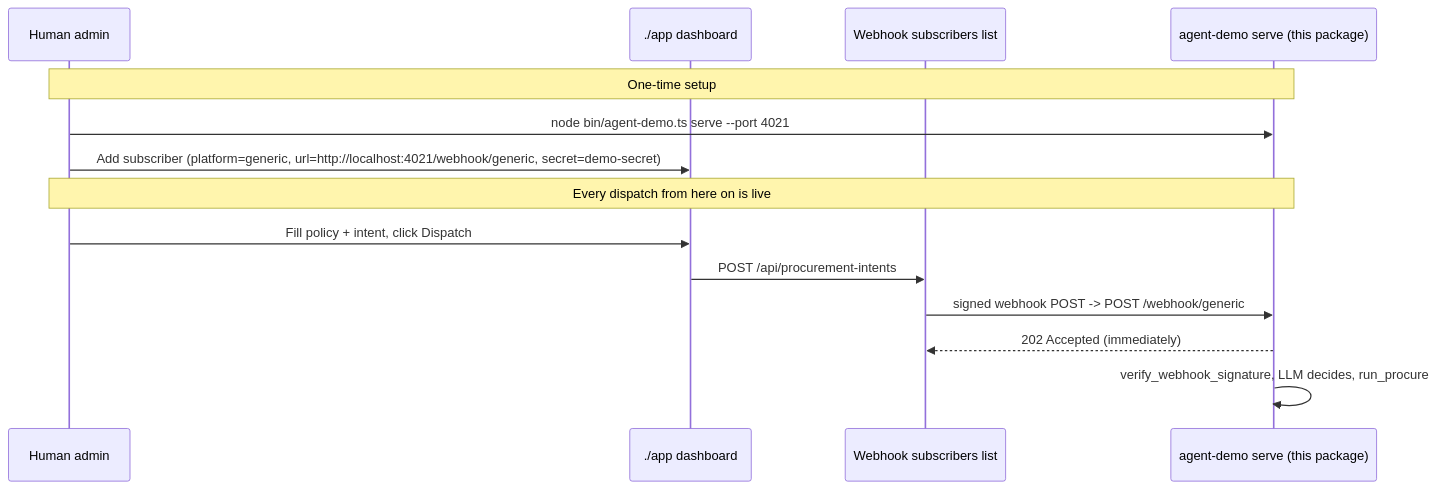
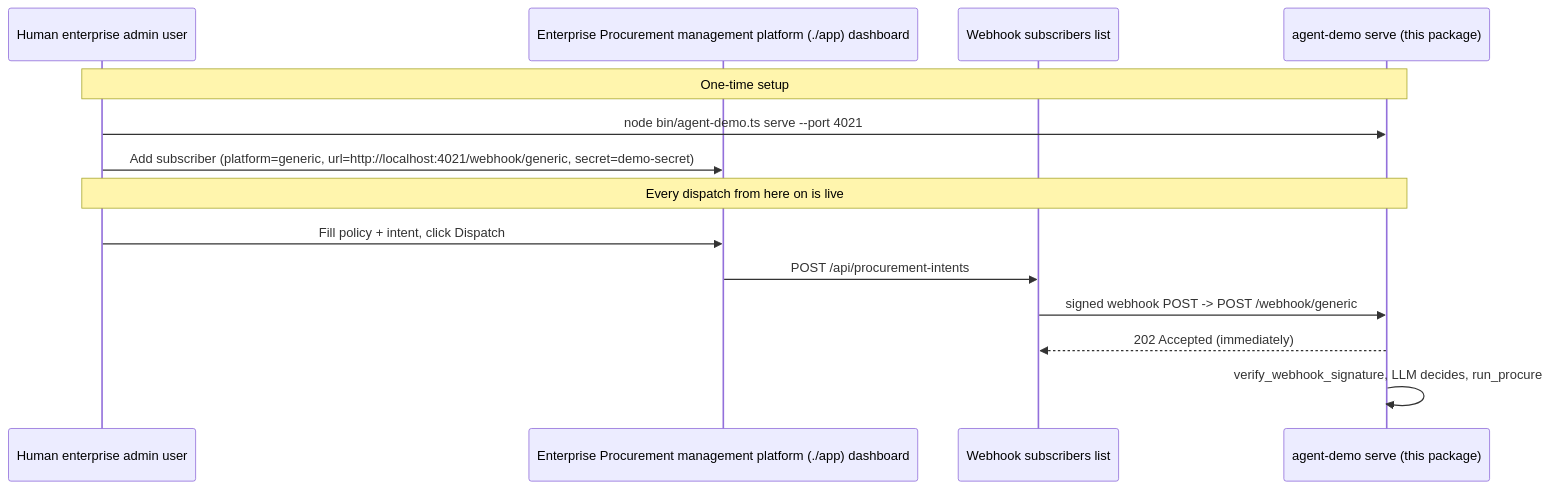
One commit to masaun/enterprise-procurement-agent-platform changed the fourth of 7 diagrams in agent-demo/README.md. Above: the diagram before and after it, drawn with Mermaid. The commit also changed other lines of this file and 3 other files, not shown here.

````diff
--- a/agent-demo/README.md
+++ b/agent-demo/README.md
@@ -277,18 +277,18 @@
 ```mermaid
 sequenceDiagram
-    participant Admin as Human admin
-    participant UI as ./app dashboard
+    participant Admin as Human enterprise admin user
+    participant UI as Enterprise Procurement management platform (./app) dashboard
     participant Sub as Webhook subscribers list
     participant Demo as agent-demo serve (this package)
 
     Note over Admin,Demo: One-time setup
     Admin->>Demo: node bin/agent-demo.ts serve --port 4021
     Admin->>UI: Add subscriber (platform=generic, url=http://localhost:4021/webhook/generic, secret=demo-secret)
 
     Note over Admin,Demo: Every dispatch from here on is live
     Admin->>UI: Fill policy + intent, click Dispatch
     UI->>Sub: POST /api/procurement-intents
     Sub->>Demo: signed webhook POST -> POST /webhook/generic
     Demo-->>Sub: 202 Accepted (immediately)
     Demo->>Demo: verify_webhook_signature, LLM decides, run_procure
 ```
````
